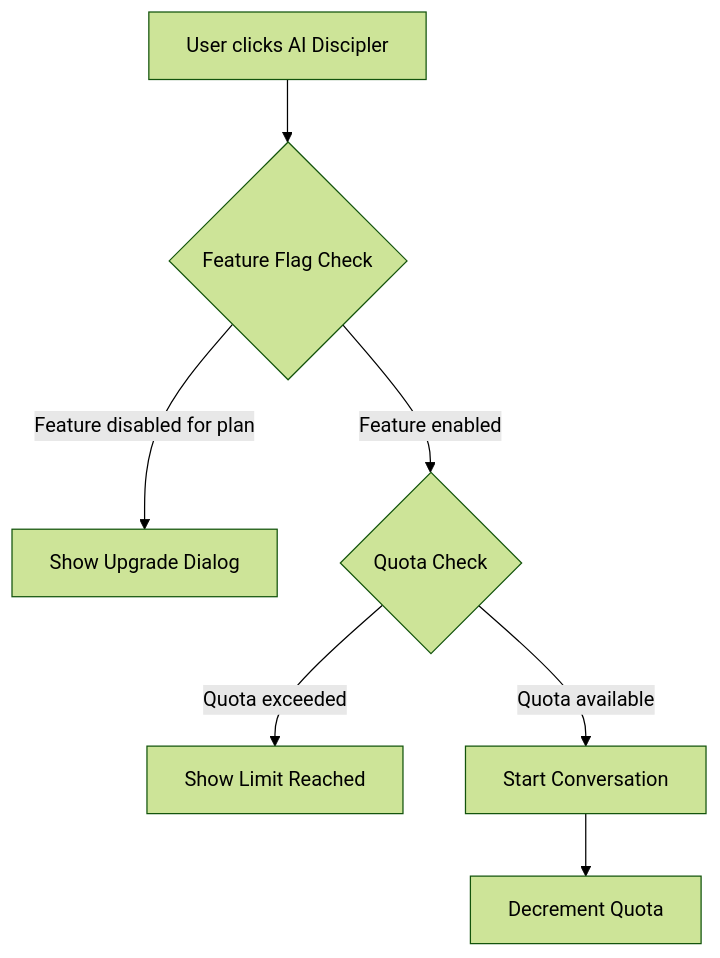
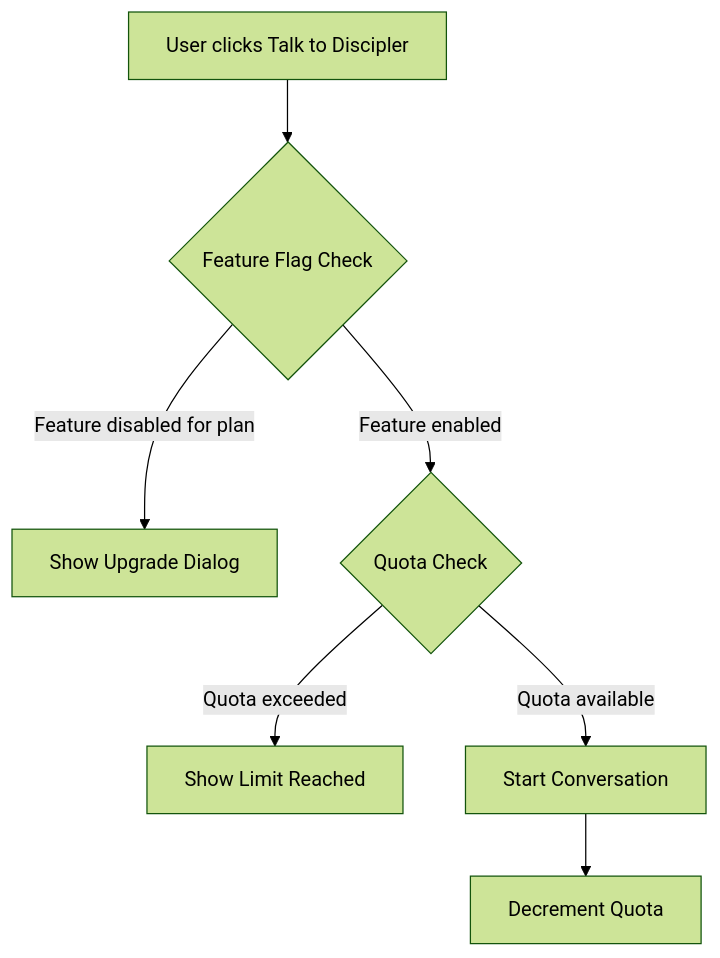
The diagram in docs/architecture/Feature_Flags_vs_Quotas.md (fennsaji/disciplefy), drawn with Mermaid (forest theme) before and after one commit. The commit also changed other lines of this file and 23 other files, not shown here.

Commit message:
docs(naming): rename the voice feature to Talk to Discipler across specs, plans and marketing docs

````diff
--- a/docs/architecture/Feature_Flags_vs_Quotas.md
+++ b/docs/architecture/Feature_Flags_vs_Quotas.md
@@ -144,9 +144,9 @@
 ```mermaid
 flowchart TD
-    A[User clicks AI Discipler] --> B{Feature Flag Check}
+    A[User clicks Talk to Discipler] --> B{Feature Flag Check}
     B -->|Feature disabled for plan| C[Show Upgrade Dialog]
     B -->|Feature enabled| D{Quota Check}
     D -->|Quota exceeded| E[Show Limit Reached]
     D -->|Quota available| F[Start Conversation]
     F --> G[Decrement Quota]
 ```
````
